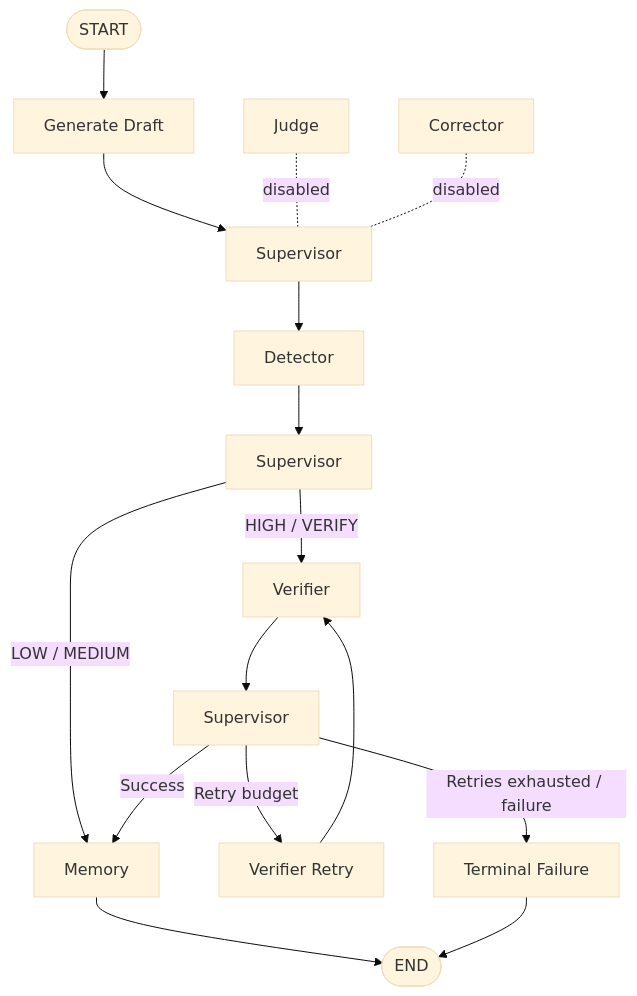
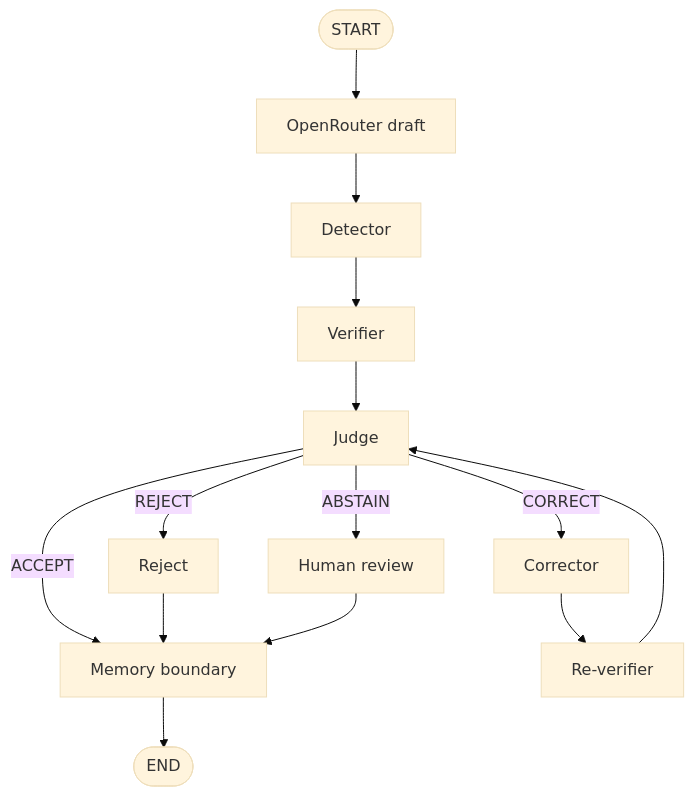
Before and after one commit to Manju10092006/HalluciGuard: the diagram in orchestration/README.md, drawn with Mermaid (base theme). The commit also changed other lines of this file and 59 other files, not shown here.

````diff
--- a/orchestration/README.md
+++ b/orchestration/README.md
@@ -15,19 +15,16 @@
 ```mermaid
 flowchart TD
-    START([START]) --> G[Generate Draft]
-    G --> S[Supervisor]
-    S --> D[Detector]
-    D --> SD[Supervisor]
-    SD -->|LOW / MEDIUM| M[Memory]
-    SD -->|HIGH / VERIFY| V[Verifier]
-    V --> SV[Supervisor]
-    SV -->|Success| M
-    SV -->|Retry budget| R[Verifier Retry]
-    R --> V
-    SV -->|Retries exhausted / failure| F[Terminal Failure]
+    START([START]) --> G[OpenRouter draft]
+    G --> D[Detector]
+    D --> V[Verifier]
+    V --> J[Judge]
+    J -->|ACCEPT| M[Memory boundary]
+    J -->|CORRECT| C[Corrector]
+    C --> R[Re-verifier]
+    R --> J
+    J -->|REJECT| X[Reject]
+    J -->|ABSTAIN| H[Human review]
+    X --> M
+    H --> M
     M --> E([END])
-    F --> E
-
-    J[Judge] -. disabled .- S
-    C[Corrector] -. disabled .- S
 ```
````
